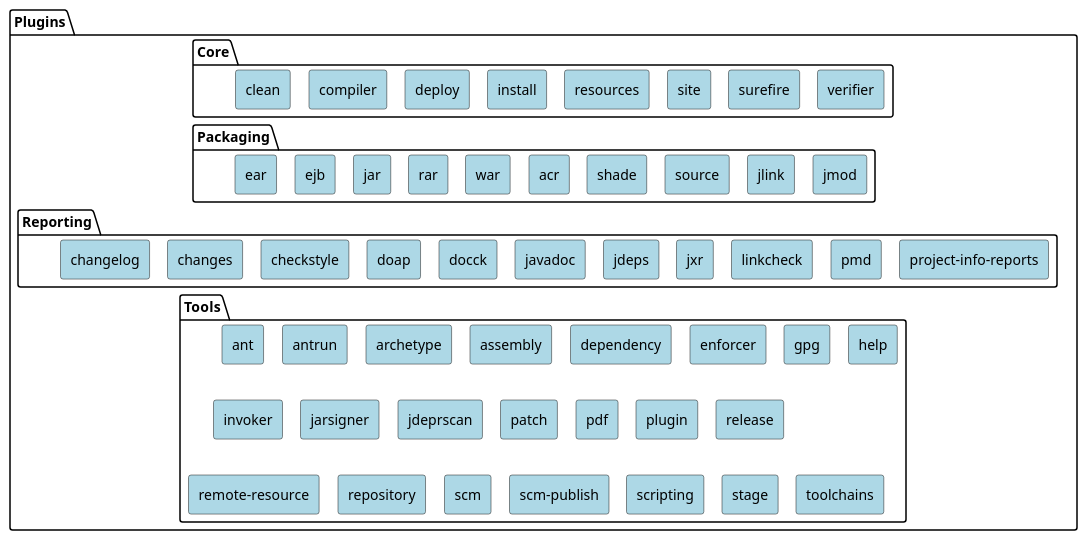
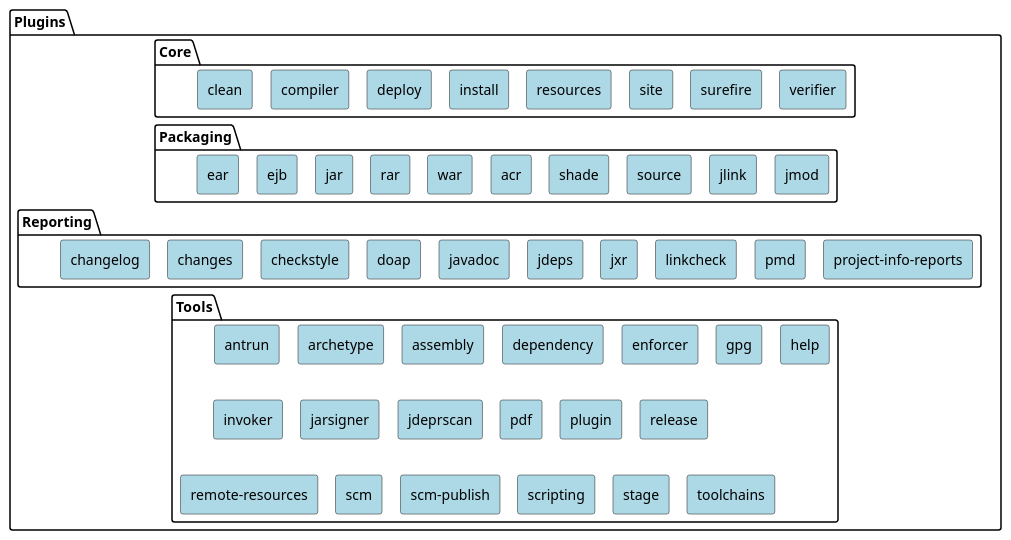
One commit to Bukama/maven-site changed the diagram in src/plantuml/maven-sources/scm_plugins.puml. Above: the diagram before and after it, drawn with PlantUML. The commit also changed 1 other file, not shown here.

```diff
--- a/src/plantuml/maven-sources/scm_plugins.puml
+++ b/src/plantuml/maven-sources/scm_plugins.puml
@@ -19,142 +19,181 @@
 @startuml
 !pragma layout smetana
 
 <style>
     rectangle {
         BackgroundColor LightBlue
     }
 }
 </style>
 
 package Plugins {
 
   package Core {
     rectangle clean
     rectangle compiler
     rectangle deploy
     rectangle install
     rectangle resources
     rectangle site
     rectangle surefire
     rectangle verifier
   }
 
   package Packaging {
     rectangle ear
     rectangle ejb
     rectangle jar
     rectangle rar
     rectangle war
     rectangle acr
     rectangle shade
     rectangle source
     rectangle jlink
     rectangle jmod
   }
 
   package Reporting {
     rectangle changelog
     rectangle changes
     rectangle checkstyle
     rectangle doap
-    'forgot "docck" ?'
-    rectangle docck
     rectangle javadoc
     rectangle jdeps
     rectangle jxr
     rectangle linkcheck
     rectangle pmd
     rectangle "project-info-reports"
   }
 
   package Tools{
-   'forgot "ant" ?'
-    rectangle ant
     rectangle antrun
     rectangle archetype
     rectangle assembly
     rectangle dependency
     rectangle enforcer
     rectangle gpg
     rectangle help
     rectangle invoker
     rectangle jarsigner
     rectangle jdeprscan
-    rectangle patch
     rectangle pdf
     rectangle plugin
     rectangle release
-    rectangle "remote-resource"
-    'forgot "repository" ?'
-    rectangle repository
+    rectangle "remote-resources"
     rectangle scm
     rectangle "scm-publish"
     rectangle scripting
     rectangle stage
     rectangle toolchains
   }
 }
 
 'hidden dependencies to change layout
 Core      -[hidden]down-> Packaging
 Packaging -[hidden]down-> Reporting
 Packaging -[hidden]down-> Tools
 Reporting -[hidden]down-> Tools
 
 clean     -[hidden]> compiler
 compiler  -[hidden]> deploy
 deploy    -[hidden]> install
 install   -[hidden]> resources
 resources -[hidden]> site
 site      -[hidden]> surefire
 surefire  -[hidden]> verifier
 
 ear       -[hidden]> ejb
 ejb       -[hidden]> jar
 jar       -[hidden]> rar
 rar       -[hidden]> war
 war       -[hidden]> acr
 acr       -[hidden]> shade
 shade     -[hidden]> source
 source    -[hidden]> jlink
 jlink     -[hidden]> jmod
 
 changelog -[hidden]> changes
 changes  -[hidden]> checkstyle
 checkstyle -[hidden]> doap
-doap -[hidden]> docck
-docck -[hidden]> javadoc
+doap -[hidden]> javadoc
 javadoc -[hidden]> jdeps
 jdeps -[hidden]> jxr
 jxr  -[hidden]> linkcheck
 linkcheck -[hidden]> pmd
 pmd -[hidden]> "project-info-reports"
 
-ant -[hidden]> antrun
 antrun -[hidden]> archetype
 archetype -[hidden]> assembly
 assembly -[hidden]> dependency
 dependency -[hidden]> enforcer
 enforcer -[hidden]> gpg
 gpg -[hidden]> help
 
-ant -[hidden]down->invoker
+antrun -[hidden]down->invoker
 invoker -[hidden]> jarsigner
 jarsigner -[hidden]> jdeprscan
-jdeprscan -[hidden]> patch
-patch -[hidden]> pdf
+jdeprscan -[hidden]> pdf
 pdf -[hidden]> plugin
 plugin -[hidden]> release
-invoker -[hidden]down->"remote-resource"
-"remote-resource" -[hidden]> repository
-repository -[hidden]> scm
+invoker -[hidden]down->"remote-resources"
+"remote-resources" -[hidden]> scm
 scm -[hidden]> "scm-publish"
 "scm-publish" -[hidden]> scripting
 scripting -[hidden]> stage
 stage -[hidden]> toolchains
 
 
 
 url of clean is [[https://github.com/apache/maven-clean-plugin]]
+url of compiler is [[https://github.com/apache/maven-compiler-plugin]]
+url of deploy is [[https://github.com/apache/maven-deploy-plugin]]
+url of install is [[https://github.com/apache/maven-install-plugin]]
+url of resources is [[https://github.com/apache/maven-resources-plugin]]
+url of site is [[https://github.com/apache/maven-site-plugin]]
+url of surefire is [[https://github.com/apache/maven-surefire]]
+url of verifier is [[https://github.com/apache/maven-verifier-plugin]]
+
+url of ear is [[https://github.com/apache/maven-ear-plugin]]
+url of ejb is [[https://github.com/apache/maven-ejb-plugin]]
+url of jar is [[https://github.com/apache/maven-jar-plugin]]
+url of rar is [[https://github.com/apache/maven-rar-plugin]]
+url of war is [[https://github.com/apache/maven-war-plugin]]
+url of acr is [[https://github.com/apache/maven-acr-plugin]]
+url of shade is [[https://github.com/apache/maven-shade-plugin]]
+url of source is [[https://github.com/apache/maven-source-plugin]]
+url of jlink is [[https://github.com/apache/maven-jlink-plugin]]
+url of jmod is [[https://github.com/apache/maven-jmod-plugin]]
+
+url of changelog is [[https://github.com/apache/maven-changelog-plugin]]
+url of changes is [[https://github.com/apache/maven-changes-plugin]]
+url of checkstyle is [[https://github.com/apache/maven-checkstyle-plugin]]
+url of doap is [[https://github.com/apache/maven-doap-plugin]]
+url of javadoc is [[https://github.com/apache/maven-javadoc-plugin]]
+url of jdeps is [[https://github.com/apache/maven-jdeps-plugin]]
+url of jxr is [[https://github.com/apache/maven-jxr]]
+url of linkcheck is [[https://github.com/apache/maven-linkcheck-plugin]]
+url of pmd is [[https://github.com/apache/maven-pmd-plugin]]
+url of "project-info-reports" is [[https://github.com/apache/maven-project-info-reports-plugin]]
+
+url of antrun is [[https://github.com/apache/maven-antrun-plugin]]
+url of archetype is [[https://github.com/apache/maven-archetype]]
+url of assembly is [[https://github.com/apache/maven-assembly-plugin]]
+url of dependency is [[https://github.com/apache/maven-dependency-plugin]]
+url of enforcer is [[https://github.com/apache/maven-enforcer]]
+url of gpg is [[https://github.com/apache/maven-gpg-plugin]]
+url of help is [[https://github.com/apache/maven-help-plugin]]
+url of invoker is [[https://github.com/apache/maven-invoker-plugin]]
+url of jarsigner is [[https://github.com/apache/maven-jarsigner-plugin]]
+url of jdeprscan is [[https://github.com/apache/maven-jdeprscan-plugin]]
+url of pdf is [[https://github.com/apache/maven-pdf-plugin]]
+url of plugin is [[https://github.com/apache/maven-plugin-tools]]
+url of release is [[https://github.com/apache/maven-release]]
+url of "remote-resources" is [[https://github.com/apache/maven-remote-resources-plugin]]
+url of scm is [[https://github.com/apache/maven-scm]]
+url of "scm-publish" is [[https://github.com/apache/maven-scm-publish-plugin]]
+url of scripting is [[https://github.com/apache/maven-scripting-plugin]]
+url of stage is [[https://github.com/apache/maven-stage-plugin]]
+url of toolchains is [[https://github.com/apache/maven-toolchains-plugin]]
+
 
 @enduml
```
